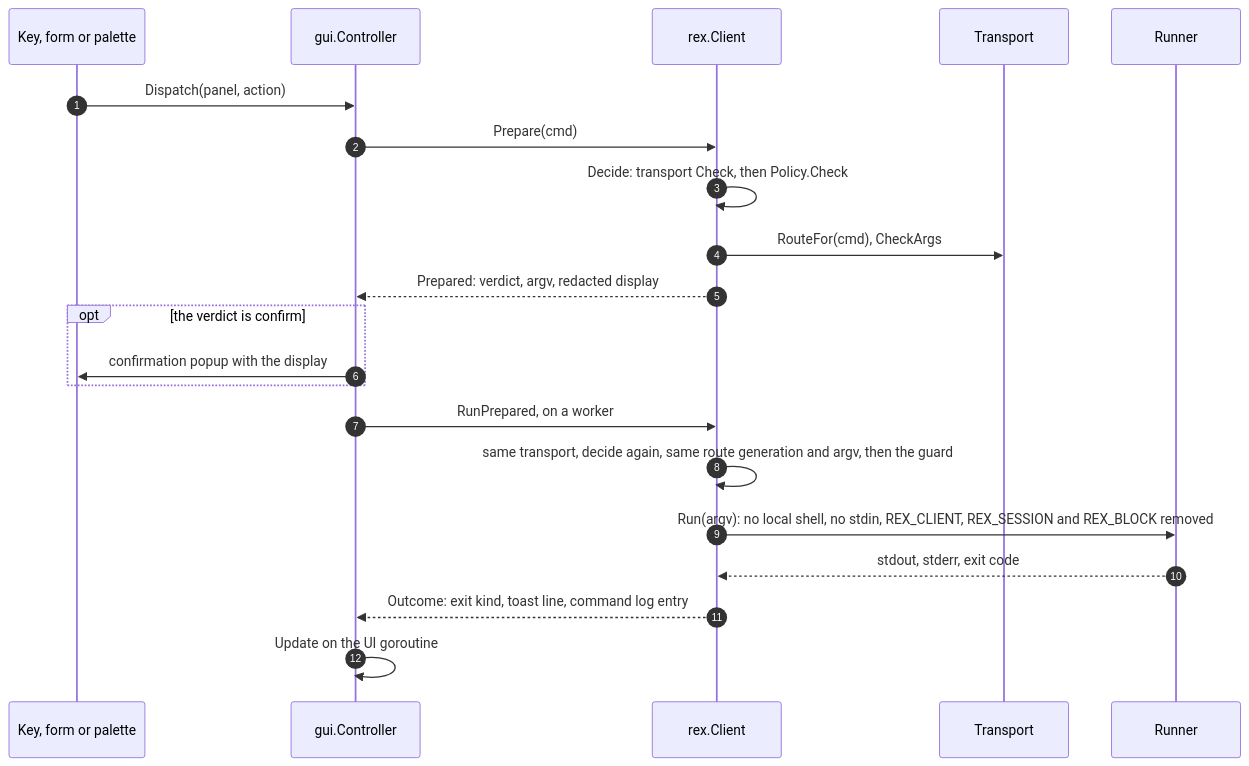
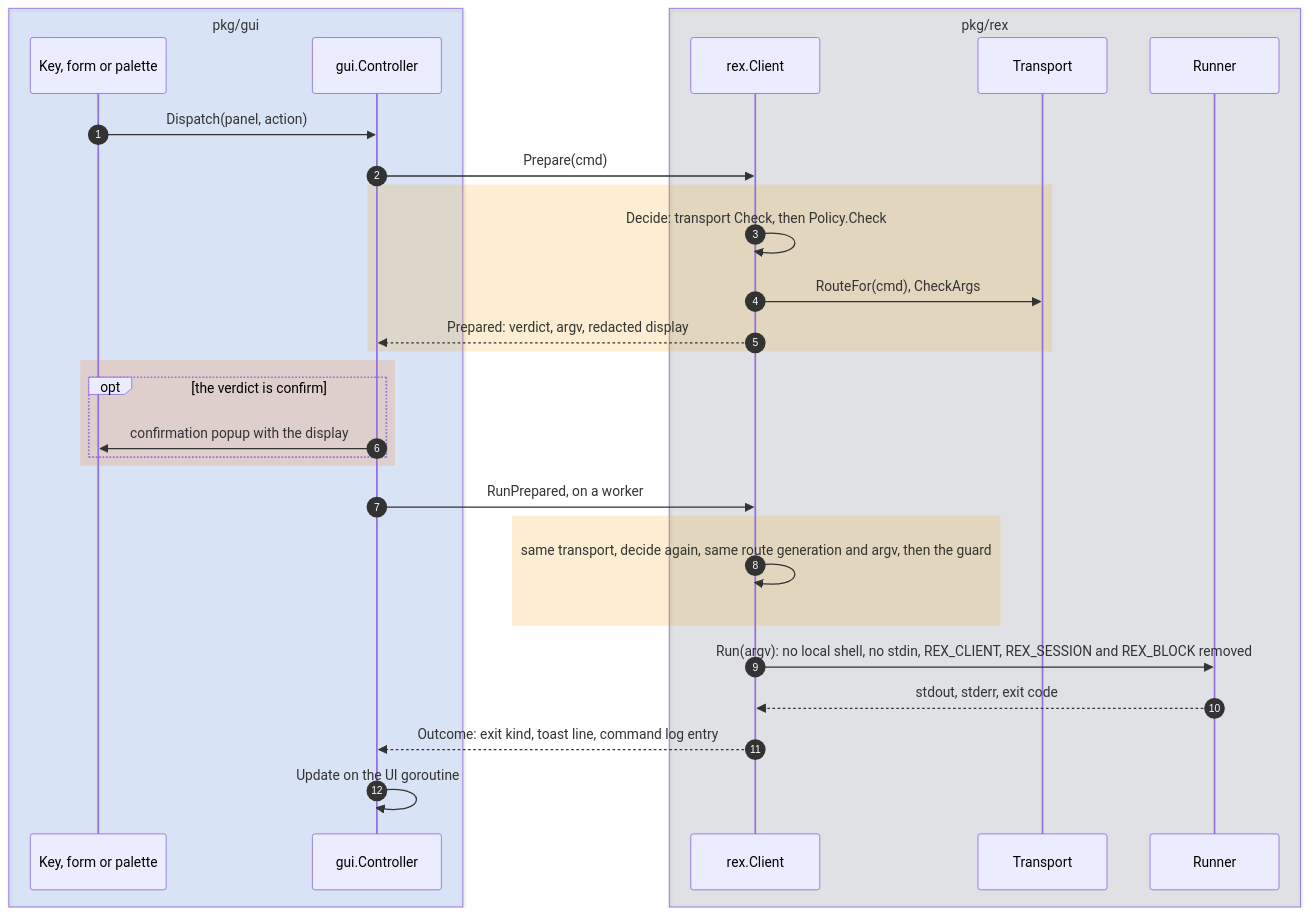
One commit to rbobillot/lazyrex changed the second of 3 diagrams in docs/architecture.md. Above: the diagram before and after it, drawn with Mermaid. The commit also changed other lines of this file and 11 other files, not shown here.

Commit message:
docs: color the mermaid diagrams

````diff
--- a/docs/architecture.md
+++ b/docs/architecture.md
@@ -35,23 +45,33 @@
 ```mermaid
 sequenceDiagram
     autonumber
+    box rgba(59,130,246,0.15) pkg/gui
     participant K as Key, form or palette
     participant C as gui.Controller
+    end
+    box rgba(100,116,139,0.15) pkg/rex
     participant P as rex.Client
     participant T as Transport
     participant R as Runner
+    end
     K->>C: Dispatch(panel, action)
     C->>P: Prepare(cmd)
+    rect rgba(245,158,11,0.18)
     P->>P: Decide: transport Check, then Policy.Check
     P->>T: RouteFor(cmd), CheckArgs
     P-->>C: Prepared: verdict, argv, redacted display
+    end
+    rect rgba(249,115,22,0.18)
     opt the verdict is confirm
         C->>K: confirmation popup with the display
     end
+    end
     C->>P: RunPrepared, on a worker
+    rect rgba(245,158,11,0.18)
     P->>P: same transport, decide again, same route generation and argv, then the guard
+    end
     P->>R: Run(argv): no local shell, no stdin, REX_CLIENT, REX_SESSION and REX_BLOCK removed
     R-->>P: stdout, stderr, exit code
     P-->>C: Outcome: exit kind, toast line, command log entry
     C->>C: Update on the UI goroutine
 ```
````
